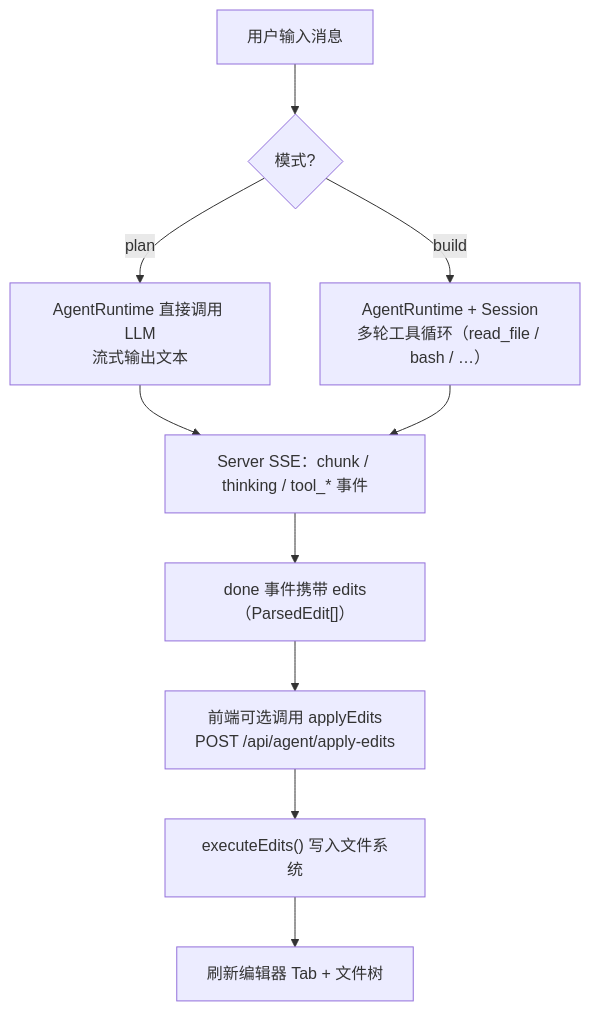
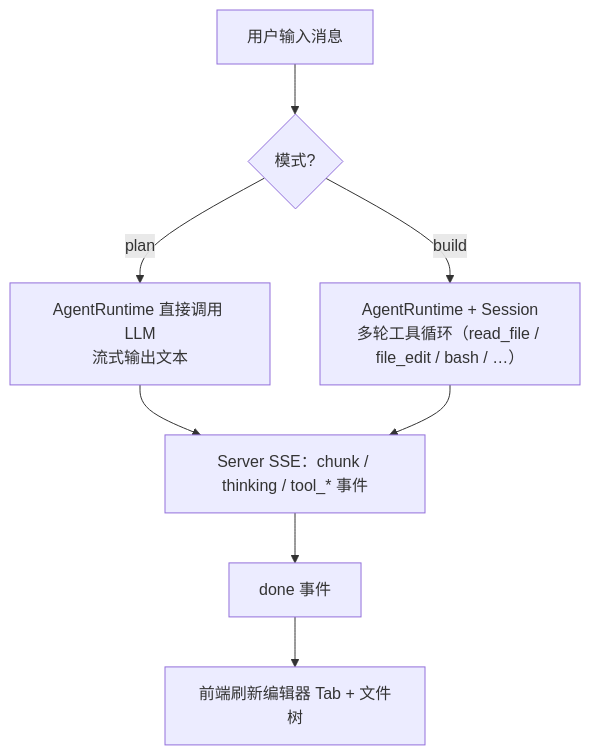
Before and after one commit to yishuw/Openwork_wy: the fourth of 5 diagrams in README.md, drawn with Mermaid. The commit also changed other lines of this file and 7 other files, not shown here.

````diff
--- a/README.md
+++ b/README.md
@@ -233,12 +233,10 @@
 ```mermaid
 flowchart TD
     U["用户输入消息"] --> M{"模式?"}
     M -->|plan| PL["AgentRuntime 直接调用 LLM<br/>流式输出文本"]
-    M -->|build| BD["AgentRuntime + Session<br/>多轮工具循环（read_file / bash / …）"]
+    M -->|build| BD["AgentRuntime + Session<br/>多轮工具循环（read_file / file_edit / bash / …）"]
     PL --> SSE["Server SSE：chunk / thinking / tool_* 事件"]
     BD --> SSE
-    SSE --> DONE["done 事件携带 edits（ParsedEdit[]）"]
-    DONE --> AP["前端可选调用 applyEdits<br/>POST /api/agent/apply-edits"]
-    AP --> EX["executeEdits() 写入文件系统"]
-    EX --> RF["刷新编辑器 Tab + 文件树"]
+    SSE --> DONE["done 事件"]
+    DONE --> REF["前端刷新编辑器 Tab + 文件树"]
 ```
````
